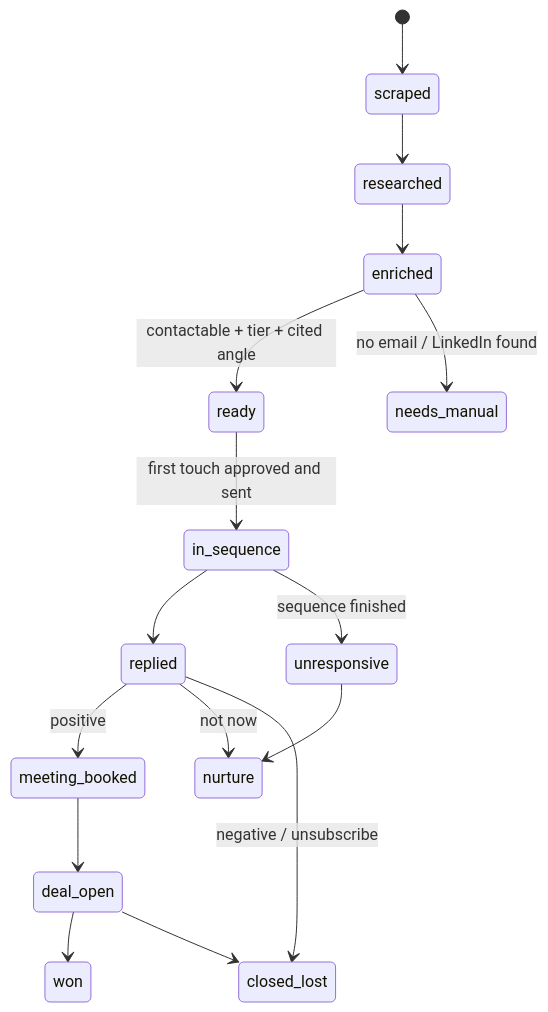
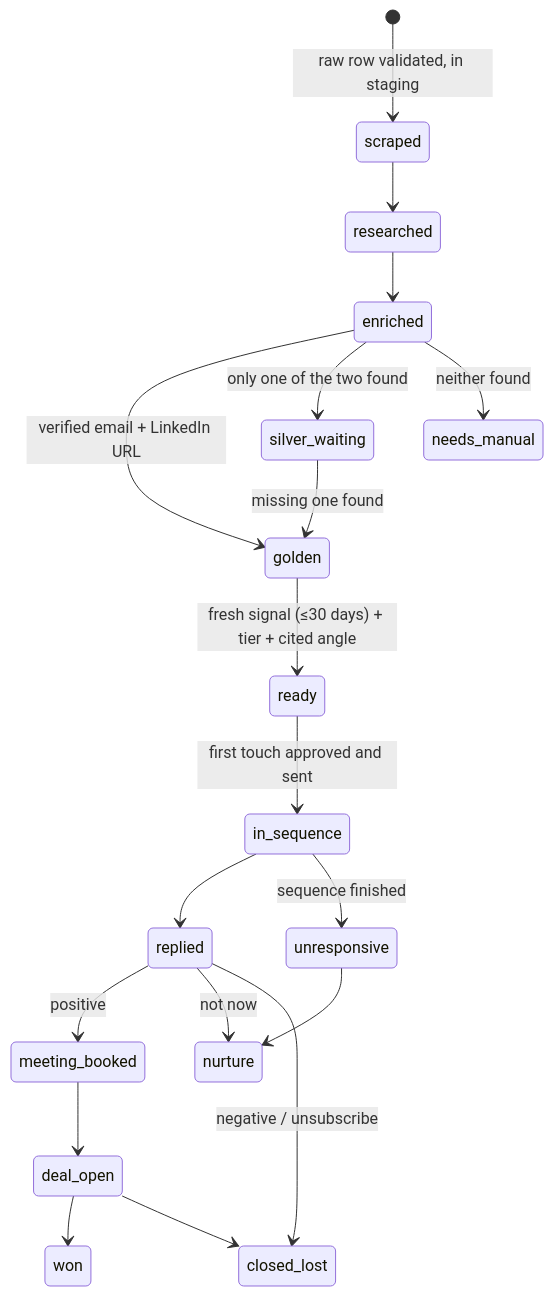
One commit to Excergic/gtm-engine-founders-Head-Marketing-Sales-people changed the fourth of 4 diagrams in docs/architecture.md. Above: the diagram before and after it, drawn with Mermaid. The commit also changed other lines of this file, not shown here.

First line of the commit message:
Architecture: layered Neon warehouse with raw, staging, silver and golden

````diff
--- a/docs/architecture.md
+++ b/docs/architecture.md
@@ -264,18 +346,21 @@
 ```mermaid
 stateDiagram-v2
-    [*] --> scraped
+    [*] --> scraped: raw row validated, in staging
     scraped --> researched
     researched --> enriched
-    enriched --> ready: contactable + tier + cited angle
-    enriched --> needs_manual: no email / LinkedIn found
+    enriched --> golden: verified email + LinkedIn URL
+    enriched --> silver_waiting: only one of the two found
+    silver_waiting --> golden: missing one found
+    enriched --> needs_manual: neither found
+    golden --> ready: fresh signal (≤30 days) + tier + cited angle
     ready --> in_sequence: first touch approved and sent
     in_sequence --> replied
     in_sequence --> unresponsive: sequence finished
     replied --> meeting_booked: positive
     replied --> nurture: not now
     replied --> closed_lost: negative / unsubscribe
     meeting_booked --> deal_open
     deal_open --> won
     deal_open --> closed_lost
     unresponsive --> nurture
 ```
````
